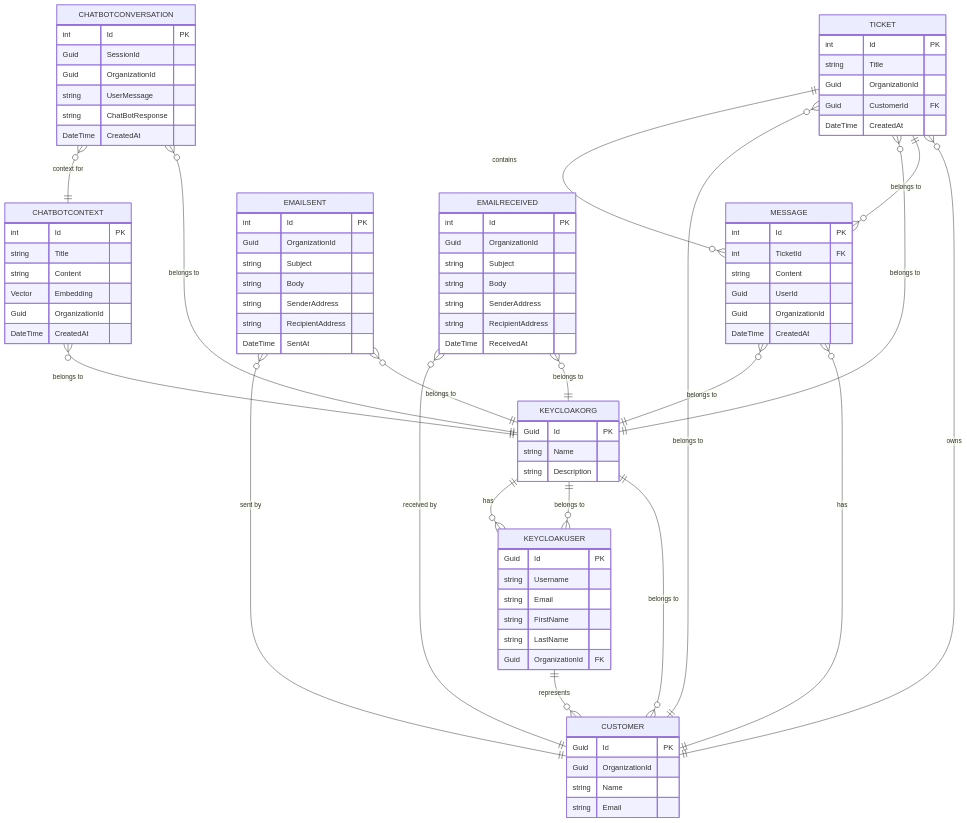
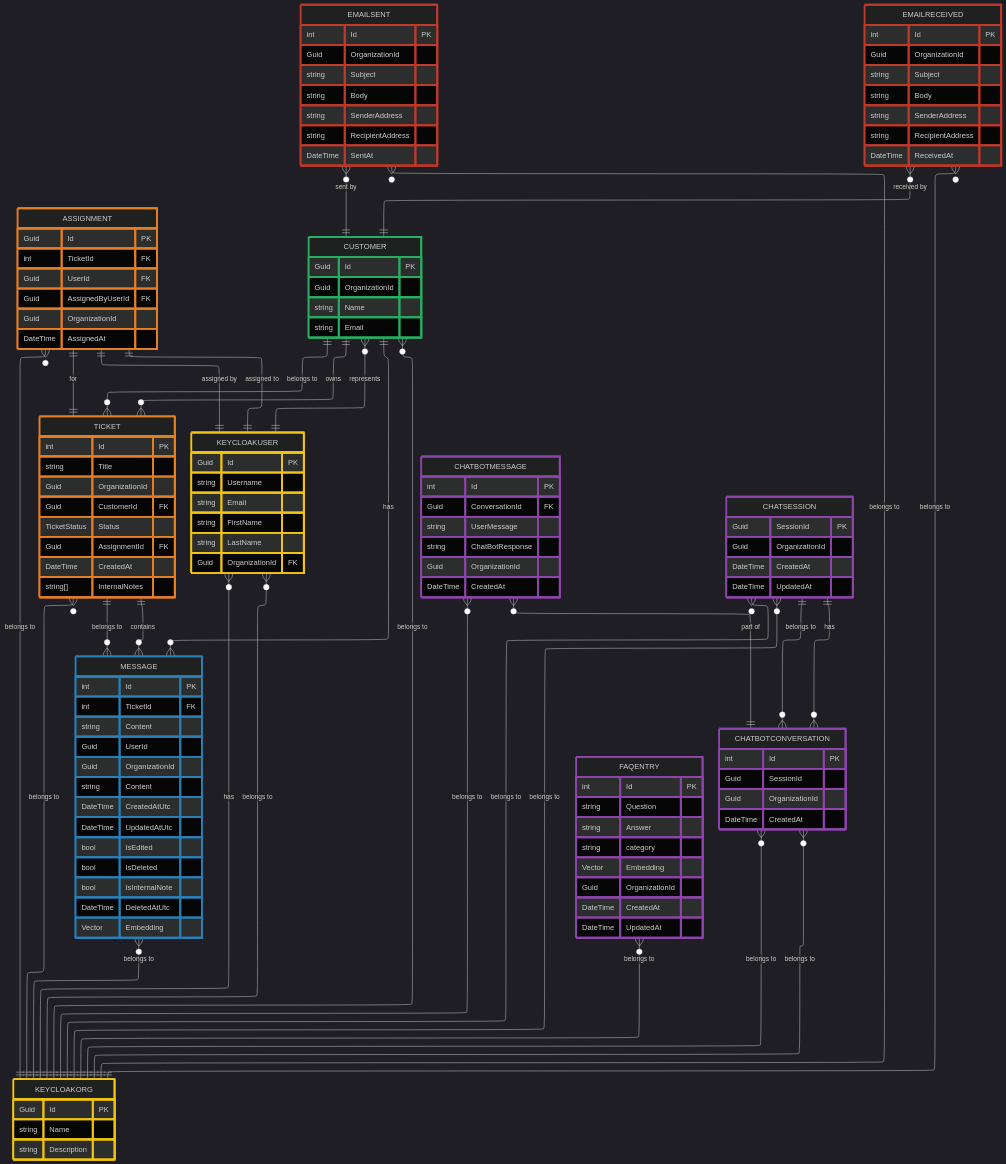
One commit to Akselfab2003/CCP changed the diagram in .github/.wiki/WorkInProgressErDiagram.md. Above: the diagram before and after it, drawn with Mermaid.

Commit message:
Updated ER diagram

````diff
--- a/.github/.wiki/WorkInProgressErDiagram.md
+++ b/.github/.wiki/WorkInProgressErDiagram.md
@@ -3,43 +2,85 @@
 ```mermaid
+---
+config:
+  layout: elk
+  theme: dark
+---
 erDiagram
-    TICKET {
+    TICKET ::: TicketService {
         int Id PK
         string Title
         Guid OrganizationId
         Guid CustomerId FK
+        TicketStatus Status
+        Guid AssignmentId FK
         DateTime CreatedAt
+        string[] InternalNotes
     }
-    MESSAGE {
+    ASSIGNMENT ::: TicketService {
+        Guid Id PK
+        int TicketId FK
+        Guid UserId FK
+        Guid AssignedByUserId FK
+        Guid OrganizationId
+        DateTime AssignedAt
+    }
+    MESSAGE  ::: MessagingService {
         int Id PK
         int TicketId FK
         string Content
         Guid UserId
         Guid OrganizationId
-        DateTime CreatedAt
+        string Content
+        DateTime CreatedAtUtc
+        DateTime UpdatedAtUtc
+        bool IsEdited
+        bool IsDeleted
+        bool IsInternalNote
+        DateTime DeletedAtUtc
+        Vector Embedding
     }
-    CUSTOMER {
+    CUSTOMER ::: CustomerService {
         Guid Id PK
         Guid OrganizationId
         string Name
         string Email
     }
-    CHATBOTCONTEXT {
+
+    FAQENTRY ::: ChatBotService {
         int Id PK
-        string Title
-        string Content
+        string Question
+        string Answer
+        string category
         Vector Embedding
         Guid OrganizationId
         DateTime CreatedAt
+        DateTime UpdatedAt
     }
-    CHATBOTCONVERSATION {
+
+    CHATBOTCONVERSATION ::: ChatBotService {
         int Id PK
         Guid SessionId
         Guid OrganizationId
+        DateTime CreatedAt
+    }
+
+    CHATBOTMESSAGE ::: ChatBotService {
+        int Id PK
+        Guid ConversationId FK
         string UserMessage
         string ChatBotResponse
+        Guid OrganizationId
         DateTime CreatedAt
     }
-    EMAILSENT {
+
+    CHATSESSION ::: ChatBotService {
+        Guid SessionId PK
+        Guid OrganizationId
+        DateTime CreatedAt
+        DateTime UpdatedAt
+    }
+
+    EMAILSENT ::: EmailService {
         int Id PK
         Guid OrganizationId
         string Subject
@@ -48,7 +89,7 @@
         string RecipientAddress
         DateTime SentAt
     }
-    EMAILRECEIVED {
+    EMAILRECEIVED ::: EmailService {
         int Id PK
         Guid OrganizationId
         string Subject
@@ -57,7 +98,7 @@
         string RecipientAddress
         DateTime ReceivedAt
     }
-    KEYCLOAKUSER {
+    KEYCLOAKUSER ::: KeycloakService {
         Guid Id PK
         string Username
         string Email
@@ -65,28 +106,53 @@
         string LastName
         Guid OrganizationId FK
     }
-    KEYCLOAKORG {
+    KEYCLOAKORG ::: KeycloakService {
         Guid Id PK
         string Name
         string Description
     }
 
-    TICKET ||--o{ MESSAGE : contains
+
+
+    TICKET  ||--o{ MESSAGE : contains
     MESSAGE }o--|| TICKET : "belongs to"
     CUSTOMER ||--o{ TICKET : owns
-    TICKET }o--|| CUSTOMER : "belongs to"
+    TICKET}o--|| CUSTOMER : "belongs to"
     CUSTOMER ||--o{ MESSAGE : "has"
     EMAILSENT }o--|| CUSTOMER : "sent by"
     EMAILRECEIVED }o--|| CUSTOMER : "received by"
-    CHATBOTCONVERSATION }o--|| CHATBOTCONTEXT : "context for"
-    KEYCLOAKORG ||--o{ KEYCLOAKUSER : has
-    KEYCLOAKUSER }o--|| KEYCLOAKORG : "belongs to"
-    KEYCLOAKUSER ||--o{ CUSTOMER : "represents"
+    KEYCLOAKORG  ||--o{ KEYCLOAKUSER : has
+    KEYCLOAKUSER  }o--|| KEYCLOAKORG : "belongs to"
+    KEYCLOAKUSER  ||--o{ CUSTOMER : "represents"
     TICKET }o--|| KEYCLOAKORG : "belongs to"
     MESSAGE }o--|| KEYCLOAKORG : "belongs to"
     CUSTOMER }o--|| KEYCLOAKORG : "belongs to"
-    CHATBOTCONTEXT }o--|| KEYCLOAKORG : "belongs to"
-    CHATBOTCONVERSATION }o--|| KEYCLOAKORG : "belongs to"
+
     EMAILSENT }o--|| KEYCLOAKORG : "belongs to"
     EMAILRECEIVED }o--|| KEYCLOAKORG : "belongs to"
+
+    ASSIGNMENT ||--|| KEYCLOAKUSER : "assigned to"
+    ASSIGNMENT ||--|| KEYCLOAKUSER : "assigned by"
+    ASSIGNMENT ||--|| TICKET : "for"
+
+
+    FAQENTRY }o--|| KEYCLOAKORG : "belongs to"
+    CHATBOTMESSAGE }o--|| CHATBOTCONVERSATION : "part of"
+    CHATBOTCONVERSATION }o--|| KEYCLOAKORG : "belongs to"
+    CHATSESSION }o--|| KEYCLOAKORG : "belongs to"
+    CHATSESSION ||--o{CHATBOTCONVERSATION : "has"
+    CHATBOTCONVERSATION}o--|| CHATSESSION : "belongs to"
+
+    ASSIGNMENT }o--|| KEYCLOAKORG : "belongs to"
+    CHATBOTMESSAGE }o--|| KEYCLOAKORG : "belongs to"
+    CHATBOTCONVERSATION }o--|| KEYCLOAKORG : "belongs to"
+    CHATSESSION }o--|| KEYCLOAKORG : "belongs to"
+
+    classDef TicketService stroke:#e67e22,stroke-width:4px;
+    classDef MessagingService stroke:#2980b9,stroke-width:4px;
+    classDef CustomerService stroke:#27ae60,stroke-width:4px;
+    classDef ChatBotService stroke:#8e44ad,stroke-width:4px;
+    classDef EmailService stroke:#c0392b,stroke-width:4px;
+    classDef KeycloakService stroke:#f1c40f,stroke-width:4px;
+    classDef IdentityService stroke:#16a085,stroke-width:4px;
 ```
````
